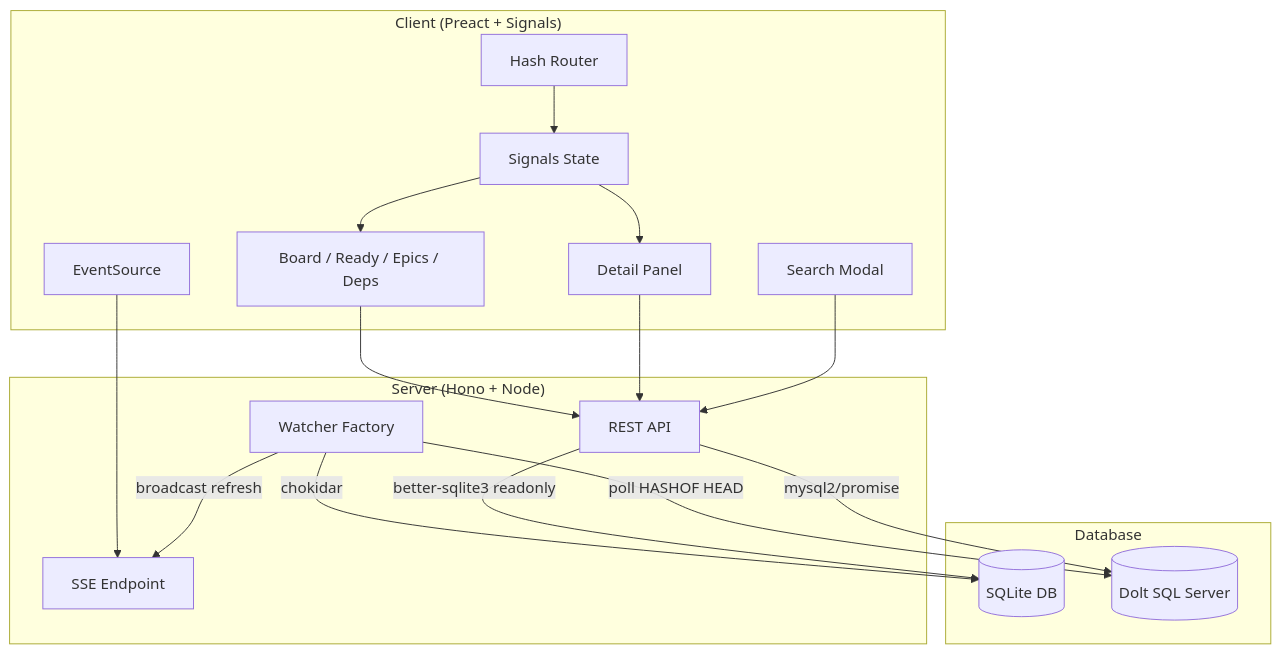
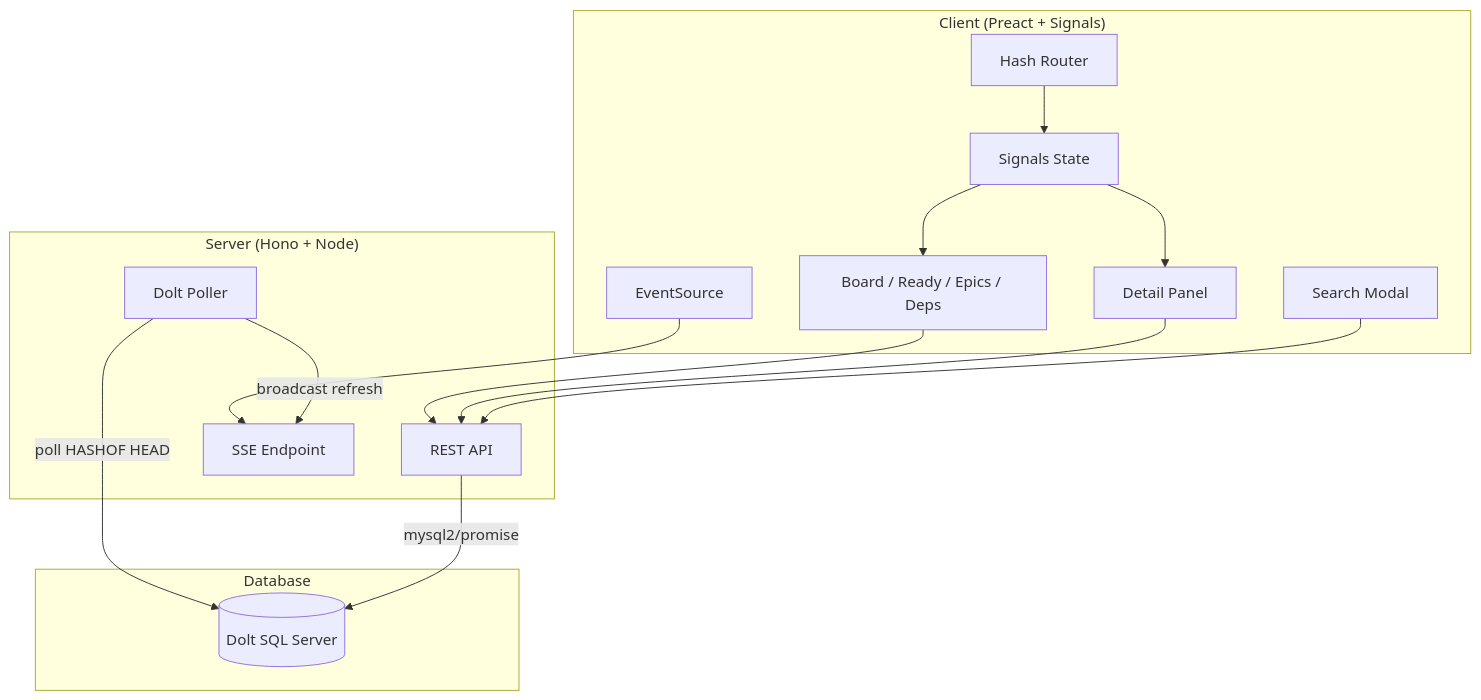
One commit to Applicative-Works/bd-eye changed the diagram in README.md. Above: the diagram before and after it, drawn with Mermaid. The commit also changed other lines of this file and 12 other files, not shown here.

First line of the commit message:
Drop SQLite support, Dolt is the only backend

````diff
--- a/README.md
+++ b/README.md
@@ -86,35 +81,32 @@
 ```mermaid
 graph TD
     subgraph Client ["Client (Preact + Signals)"]
         Router[Hash Router]
         State[Signals State]
         Views[Board / Ready / Epics / Deps]
         Detail[Detail Panel]
         Search[Search Modal]
         SSE[EventSource]
     end
 
     subgraph Server ["Server (Hono + Node)"]
         API[REST API]
         Stream[SSE Endpoint]
-        Watcher[Watcher Factory]
+        Watcher[Dolt Poller]
     end
 
     subgraph Database
-        SQLite[(SQLite DB)]
         Dolt[(Dolt SQL Server)]
     end
 
     Router --> State
     State --> Views
     State --> Detail
     Views --> API
     Detail --> API
     Search --> API
     SSE --> Stream
-    Watcher -->|chokidar| SQLite
     Watcher -->|poll HASHOF HEAD| Dolt
     Watcher -->|broadcast refresh| Stream
-    API -->|better-sqlite3 readonly| SQLite
     API -->|mysql2/promise| Dolt
 ```
````
